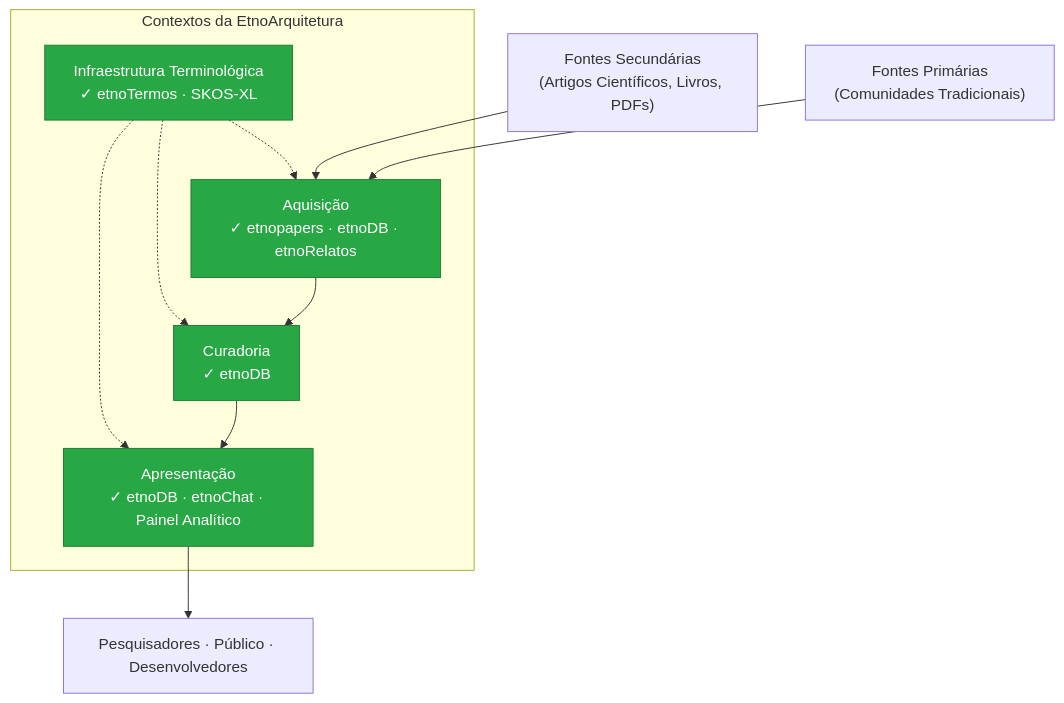
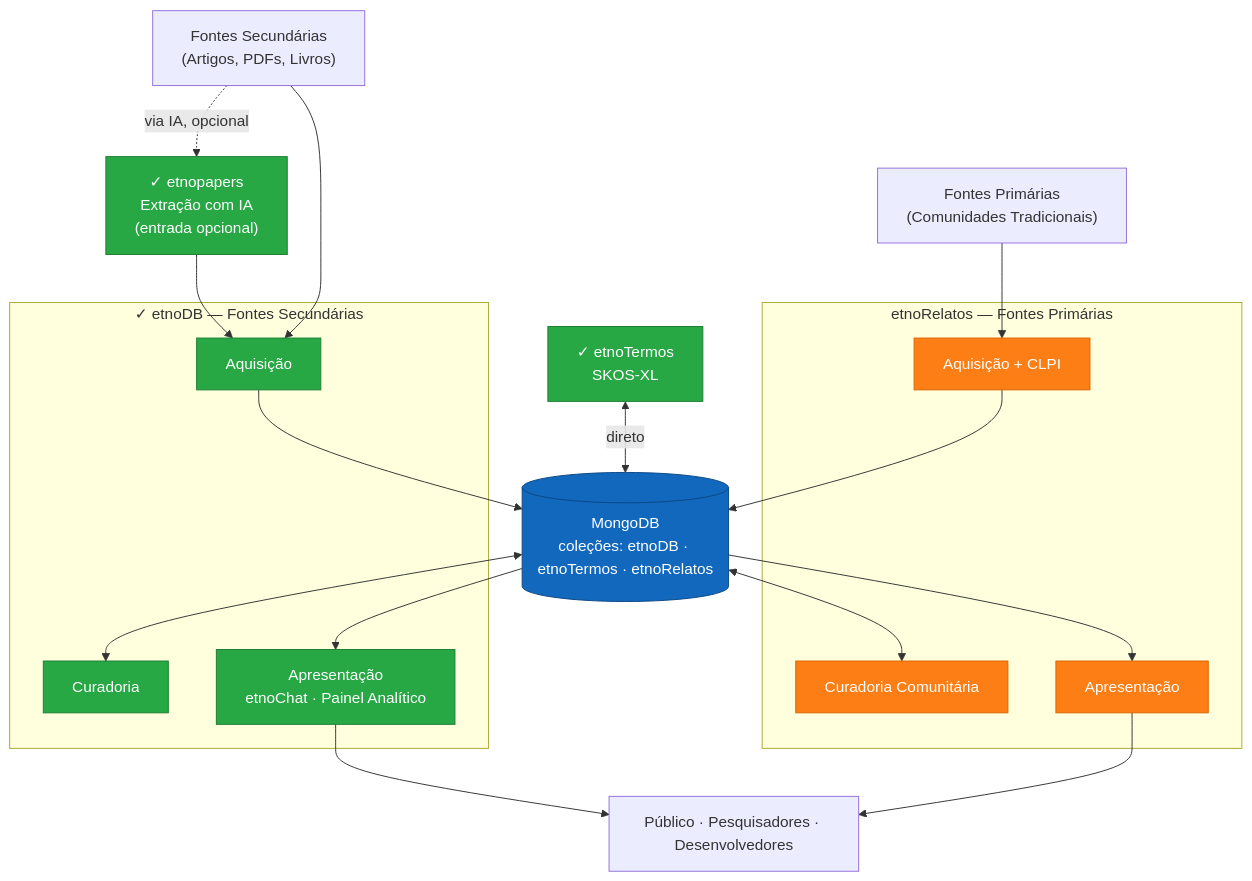
The first of 4 diagrams in README.md (edalcin/Arquitetura-BioCultural), drawn with Mermaid before and after one commit. The commit also changed other lines of this file, not shown here.

Commit message:
fix(diagram): corrige arquitetura no diagrama README v2.0
- etnoRelatos agora tem pipeline próprio (Aquisição/Curadoria/Apresentação)
  separado do etnoDB — fontes primárias e secundárias em trilhas distintas
- MongoDB mostrado como componente compartilhado com coleções separadas
  por projeto (etnoDB, etnoTermos, etnoRelatos)
- etnoTermos opera direto no MongoDB (sem camada intermediária)
- etnopapers como entrada opcional para fontes secundárias — bypass direto
  ao etnoDB Aquisição também representado
- Legenda atualizada com código de cores (verde/laranja/azul)

````diff
--- a/README.md
+++ b/README.md
@@ -85,28 +85,53 @@
 ```mermaid
 graph TB
-    FS["Fontes Secundárias<br/>(Artigos Científicos, Livros, PDFs)"]
+    FS["Fontes Secundárias<br/>(Artigos, PDFs, Livros)"]
     FP["Fontes Primárias<br/>(Comunidades Tradicionais)"]
 
-    subgraph "Contextos da EtnoArquitetura"
-        ACQ["Aquisição<br/>✓ etnopapers · etnoDB · etnoRelatos"]
-        TERM["Infraestrutura Terminológica<br/>✓ etnoTermos · SKOS-XL"]
-        CUR["Curadoria<br/>✓ etnoDB"]
-        APR["Apresentação<br/>✓ etnoDB · etnoChat · Painel Analítico"]
+    EP["✓ etnopapers<br/>Extração com IA<br/>(entrada opcional)"]
+
+    MONGO[("MongoDB<br/>coleções: etnoDB · etnoTermos · etnoRelatos")]
+    TERM["✓ etnoTermos<br/>SKOS-XL"]
+
+    subgraph "✓ etnoDB — Fontes Secundárias"
+        ED_ACQ["Aquisição"]
+        ED_CUR["Curadoria"]
+        ED_PUB["Apresentação<br/>etnoChat · Painel Analítico"]
     end
 
-    PUB["Pesquisadores · Público · Desenvolvedores"]
+    subgraph "etnoRelatos — Fontes Primárias"
+        ER_ACQ["Aquisição + CLPI"]
+        ER_CUR["Curadoria Comunitária"]
+        ER_PUB["Apresentação"]
+    end
 
-    FS --> ACQ
-    FP --> ACQ
-    ACQ --> CUR
-    TERM -.-> ACQ
-    TERM -.-> CUR
-    TERM -.-> APR
-    CUR --> APR
-    APR --> PUB
+    PUB["Público · Pesquisadores · Desenvolvedores"]
 
-    style ACQ fill:#28a745,stroke:#1e7e34,color:#ffffff
+    FS -.->|via IA, opcional| EP
+    EP --> ED_ACQ
+    FS --> ED_ACQ
+
+    FP --> ER_ACQ
+
+    ED_ACQ --> MONGO
+    MONGO <--> ED_CUR
+    MONGO --> ED_PUB
+
+    ER_ACQ --> MONGO
+    MONGO <--> ER_CUR
+    MONGO --> ER_PUB
+
+    TERM <-->|direto| MONGO
+
+    ED_PUB --> PUB
+    ER_PUB --> PUB
+
+    style EP fill:#28a745,stroke:#1e7e34,color:#ffffff
     style TERM fill:#28a745,stroke:#1e7e34,color:#ffffff
-    style CUR fill:#28a745,stroke:#1e7e34,color:#ffffff
-    style APR fill:#28a745,stroke:#1e7e34,color:#ffffff
+    style ED_ACQ fill:#28a745,stroke:#1e7e34,color:#ffffff
+    style ED_CUR fill:#28a745,stroke:#1e7e34,color:#ffffff
+    style ED_PUB fill:#28a745,stroke:#1e7e34,color:#ffffff
+    style ER_ACQ fill:#fd7e14,stroke:#dc6502,color:#ffffff
+    style ER_CUR fill:#fd7e14,stroke:#dc6502,color:#ffffff
+    style ER_PUB fill:#fd7e14,stroke:#dc6502,color:#ffffff
+    style MONGO fill:#1168bd,stroke:#0b4884,color:#ffffff
 ```
````
